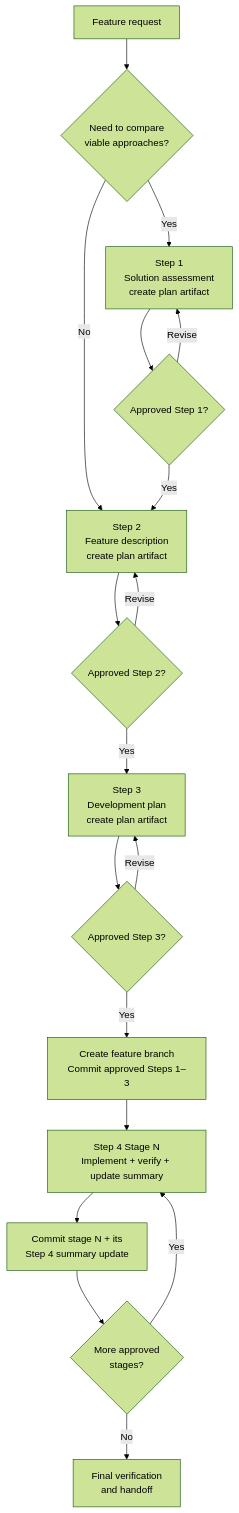
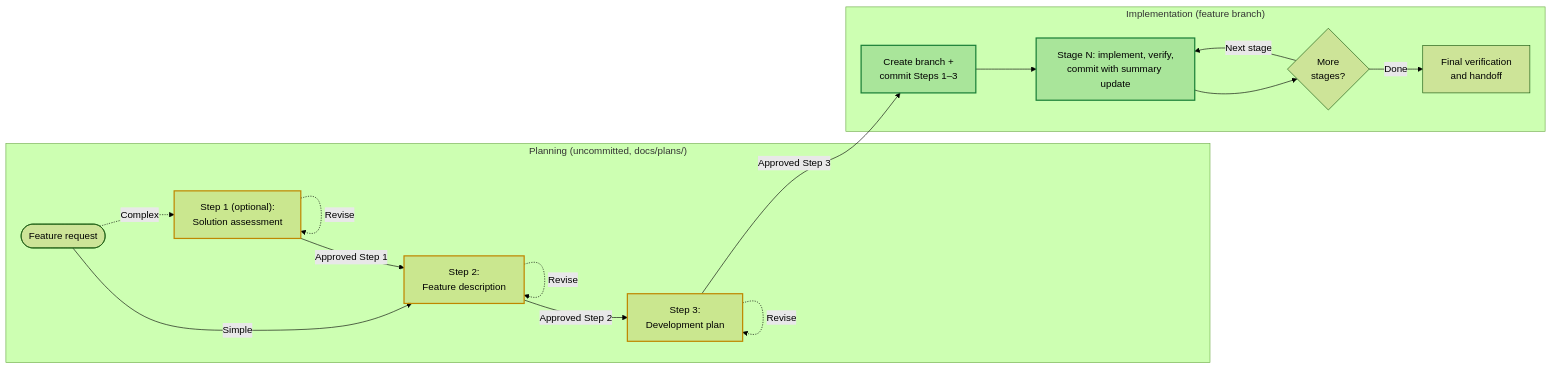
One commit to gulkily/fdp changed the first of 2 diagrams in README.md. Above: the diagram before and after it, drawn with Mermaid (forest theme). The commit also changed other lines of this file and 1 other file, not shown here.

Commit message:
docs(stage 1): rework approval-chain Mermaid diagram

````diff
--- a/README.md
+++ b/README.md
@@ -113,20 +115,33 @@
 ```mermaid
-flowchart TD
-    A[Feature request] --> B{Need to compare\nviable approaches?}
-    B -->|Yes| S1[Step 1\nSolution assessment\ncreate plan artifact]
-    B -->|No| S2[Step 2\nFeature description\ncreate plan artifact]
-    S1 --> G1{Approved Step 1?}
-    G1 -->|Revise| S1
-    G1 -->|Yes| S2
-    S2 --> G2{Approved Step 2?}
-    G2 -->|Revise| S2
-    G2 -->|Yes| S3[Step 3\nDevelopment plan\ncreate plan artifact]
-    S3 --> G3{Approved Step 3?}
-    G3 -->|Revise| S3
-    G3 -->|Yes| BR[Create feature branch\nCommit approved Steps 1–3]
-    BR --> S4[Step 4 Stage N\nImplement + verify + update summary]
-    S4 --> C[Commit stage N + its\nStep 4 summary update]
-    C --> M{More approved\nstages?}
-    M -->|Yes| S4
-    M -->|No| F[Final verification\nand handoff]
+flowchart LR
+    subgraph PLAN ["Planning (uncommitted, docs/plans/)"]
+        A([Feature request])
+        S1["Step 1 (optional):<br/>Solution assessment"]
+        S2["Step 2:<br/>Feature description"]
+        S3["Step 3:<br/>Development plan"]
+    end
+    subgraph IMPL ["Implementation (feature branch)"]
+        BR["Create branch +<br/>commit Steps 1–3"]
+        S4["Stage N: implement, verify,<br/>commit with summary update"]
+        M{"More<br/>stages?"}
+        F["Final verification<br/>and handoff"]
+    end
+    A -.->|Complex| S1
+    A -->|Simple| S2
+    S1 -->|Approved Step 1| S2
+    S1 -.->|Revise| S1
+    S2 -->|Approved Step 2| S3
+    S2 -.->|Revise| S2
+    S3 -->|Approved Step 3| BR
+    S3 -.->|Revise| S3
+    BR --> S4
+    S4 --> M
+    M -->|Next stage| S4
+    M -->|Done| F
+
+    classDef gate fill:#bf870033,stroke:#bf8700,stroke-width:2px
+    classDef commit fill:#1a7f3733,stroke:#1a7f37,stroke-width:2px
+    classDef stop fill:#cf222e33,stroke:#cf222e,stroke-width:2px
+    class S1,S2,S3 gate
+    class BR,S4 commit
 ```
````
